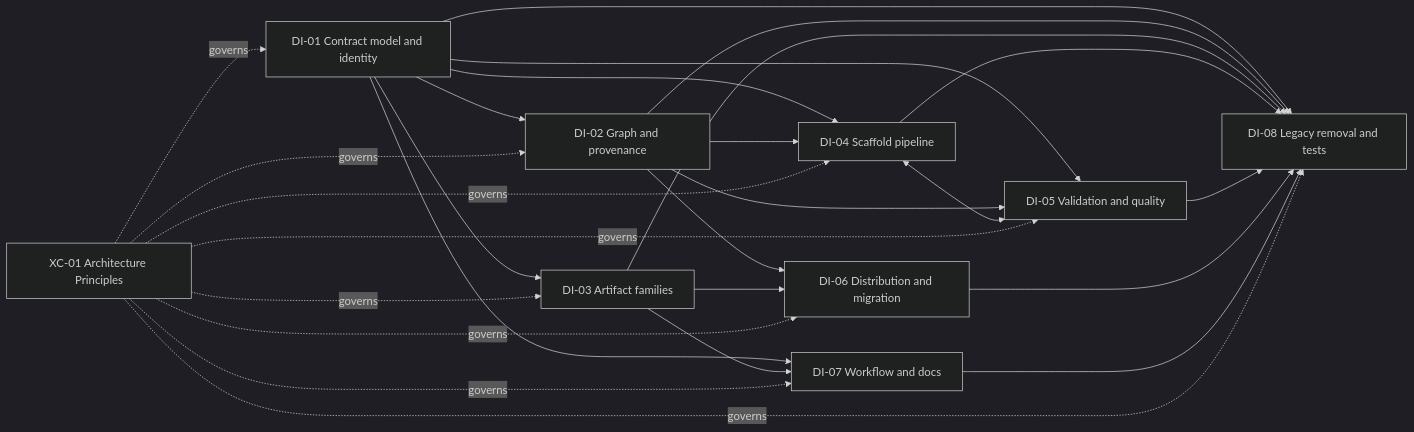
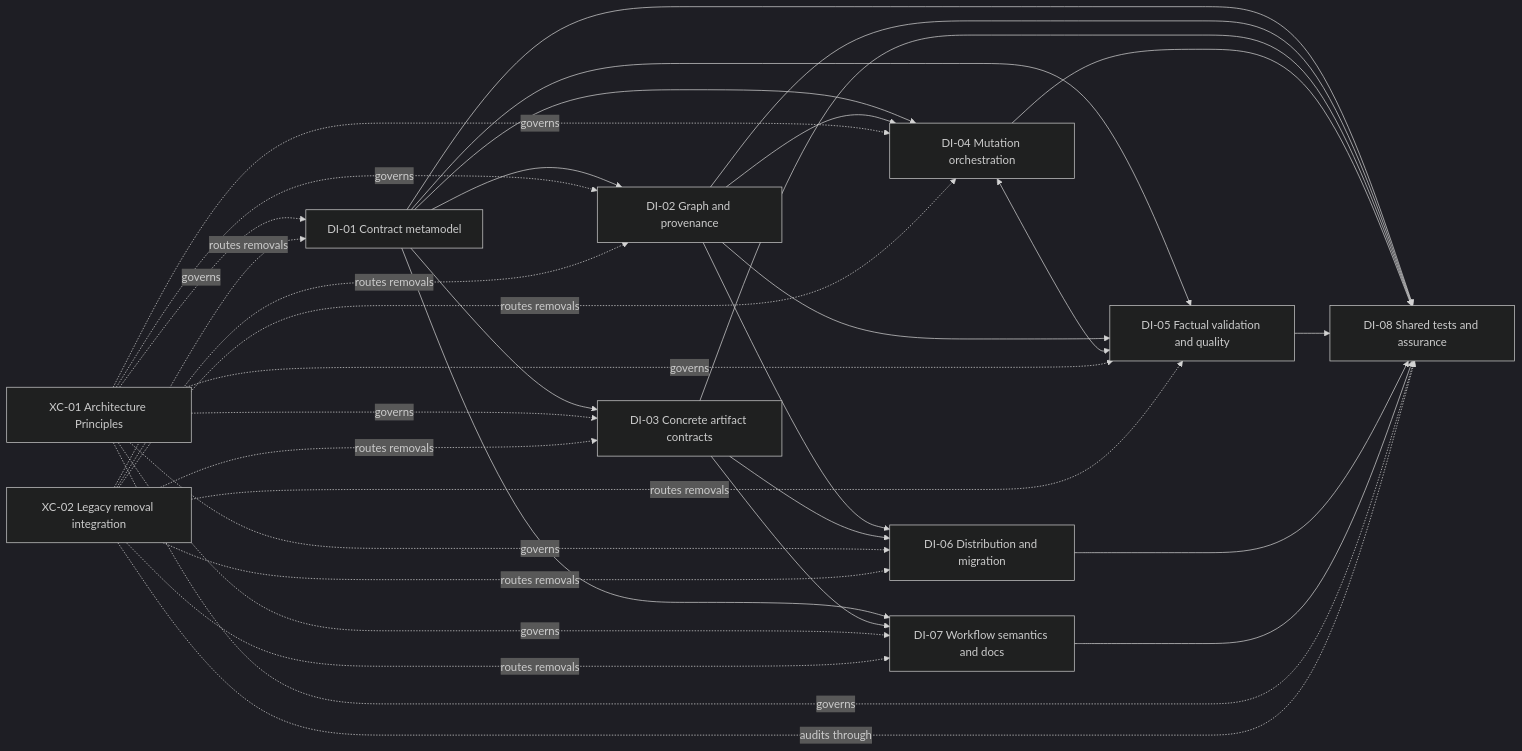
One commit to MikeyVK/S1mpleTraderV3 changed the diagram in docs/development/issue460/design-intake-map.md. Above: the diagram before and after it, drawn with Mermaid (dark theme). The commit also changed other lines of this file, not shown here.

````diff
--- a/docs/development/issue460/design-intake-map.md
+++ b/docs/development/issue460/design-intake-map.md
@@ -50,39 +62,48 @@
 ```mermaid
 flowchart LR
-    D1[DI-01 Contract model and identity]
+    D1[DI-01 Contract metamodel]
     D2[DI-02 Graph and provenance]
-    D3[DI-03 Artifact families]
-    D4[DI-04 Scaffold pipeline]
-    D5[DI-05 Validation and quality]
+    D3[DI-03 Concrete artifact contracts]
+    D4[DI-04 Mutation orchestration]
+    D5[DI-05 Factual validation and quality]
     D6[DI-06 Distribution and migration]
-    D7[DI-07 Workflow and docs]
-    D8[DI-08 Legacy removal and tests]
+    D7[DI-07 Workflow semantics and docs]
+    D8[DI-08 Shared tests and assurance]
     XC[XC-01 Architecture Principles]
+    XR[XC-02 Legacy removal integration]
 
     D1 --> D2
     D1 --> D3
     D1 --> D4
     D1 --> D5
     D1 --> D7
     D2 --> D4
     D2 --> D5
     D2 --> D6
     D3 --> D6
     D3 --> D7
     D4 <--> D5
     D1 --> D8
     D2 --> D8
     D3 --> D8
     D4 --> D8
     D5 --> D8
     D6 --> D8
     D7 --> D8
     XC -. governs .-> D1
     XC -. governs .-> D2
     XC -. governs .-> D3
     XC -. governs .-> D4
     XC -. governs .-> D5
     XC -. governs .-> D6
     XC -. governs .-> D7
     XC -. governs .-> D8
+    XR -. routes removals .-> D1
+    XR -. routes removals .-> D2
+    XR -. routes removals .-> D3
+    XR -. routes removals .-> D4
+    XR -. routes removals .-> D5
+    XR -. routes removals .-> D6
+    XR -. routes removals .-> D7
+    XR -. audits through .-> D8
 ```
````
